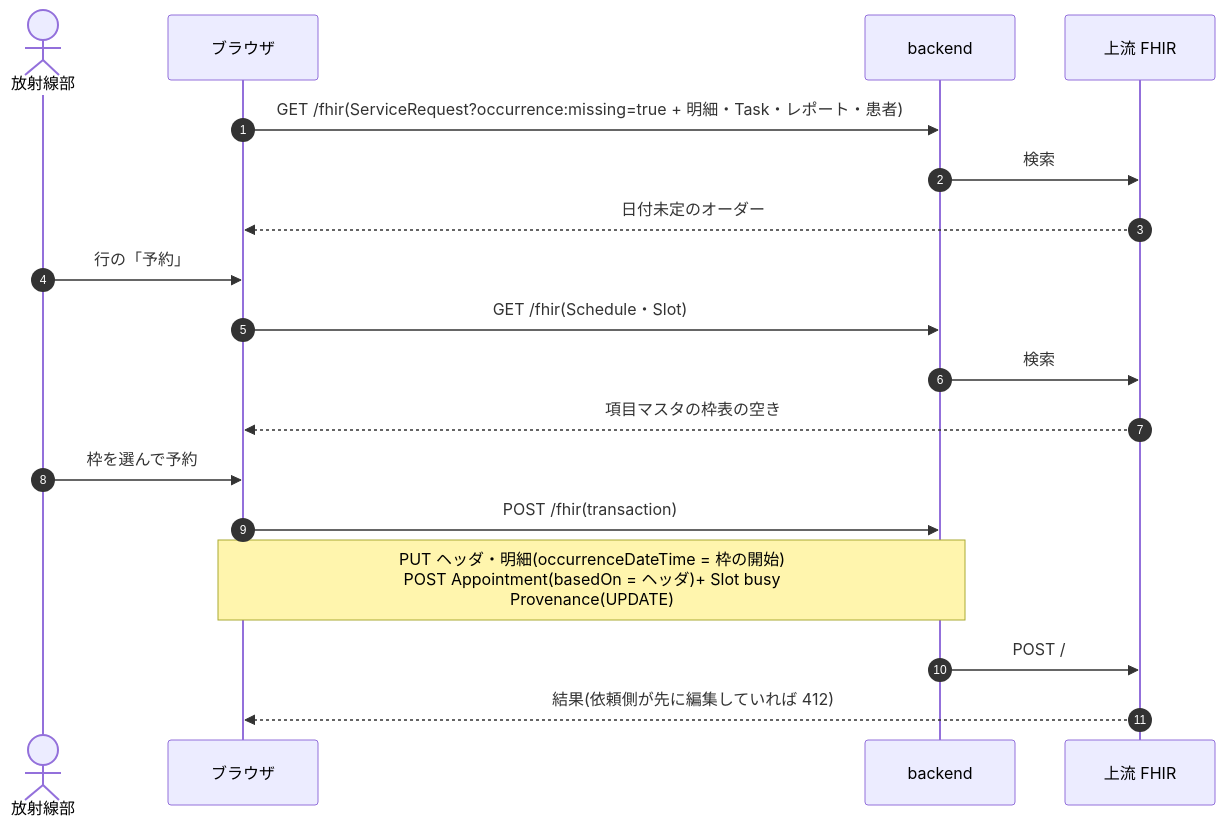
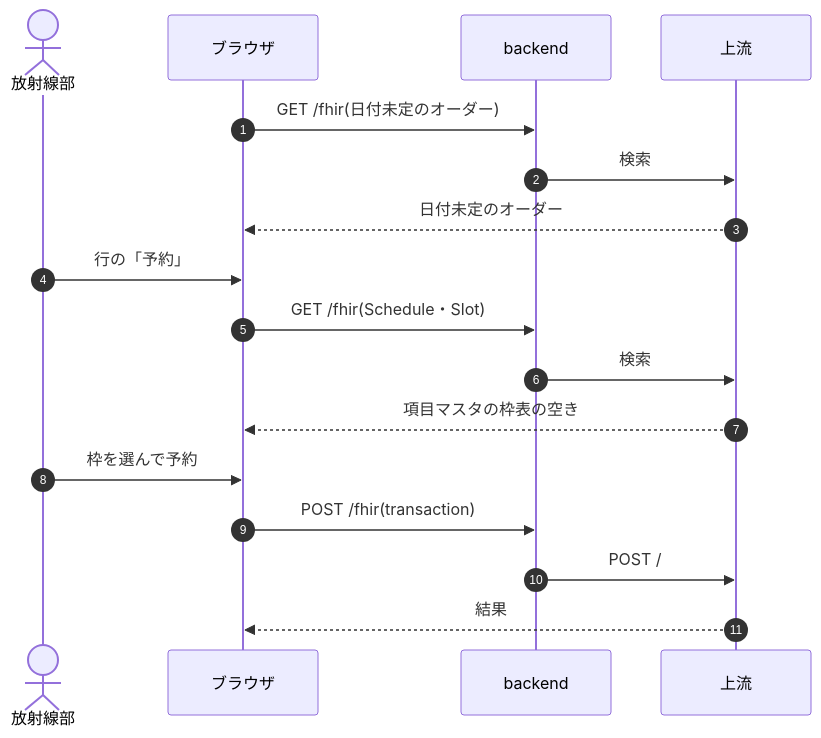
One commit to ysnr-dev/fhir-client-docs changed the fourth of 14 diagrams in docs/dev/rad.md. Above: the diagram before and after it, drawn with Mermaid. The commit also changed other lines of this file and 43 other files, not shown here.

Commit message:
docs: 業務フローとシーケンス図を写し直し

````diff
--- a/docs/dev/rad.md
+++ b/docs/dev/rad.md
@@ -118,21 +265,20 @@
 ```mermaid
 sequenceDiagram
   autonumber
   actor Tech as 放射線部
   participant UI as ブラウザ
   participant BE as backend
-  participant FHIR as 上流 FHIR
+  participant FHIR as 上流
 
-  UI->>BE: GET /fhir(ServiceRequest?occurrence:missing=true + 明細・Task・レポート・患者)
+  UI->>BE: GET /fhir(日付未定のオーダー)
   BE->>FHIR: 検索
   FHIR-->>UI: 日付未定のオーダー
   Tech->>UI: 行の「予約」
   UI->>BE: GET /fhir(Schedule・Slot)
   BE->>FHIR: 検索
   FHIR-->>UI: 項目マスタの枠表の空き
   Tech->>UI: 枠を選んで予約
   UI->>BE: POST /fhir(transaction)
-  Note over UI,BE: PUT ヘッダ・明細(occurrenceDateTime = 枠の開始)<br/>POST Appointment(basedOn = ヘッダ)+ Slot busy<br/>Provenance(UPDATE)
   BE->>FHIR: POST /
-  FHIR-->>UI: 結果(依頼側が先に編集していれば 412)
+  FHIR-->>UI: 結果
 ```
````
